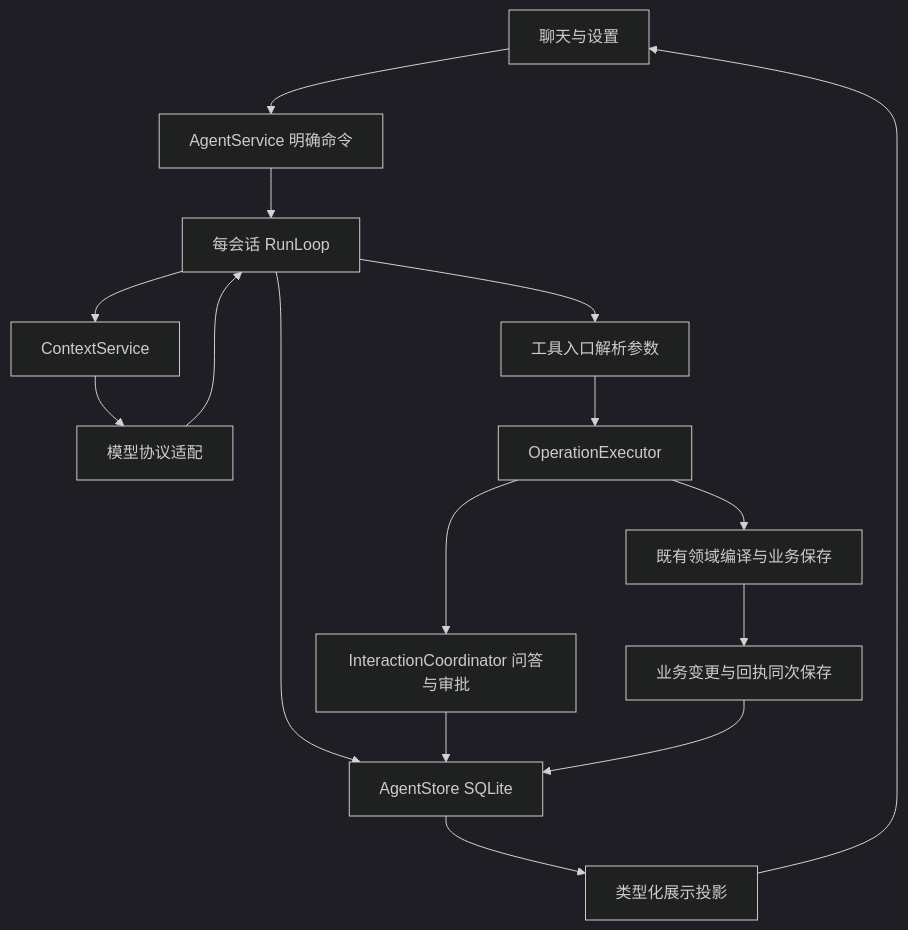
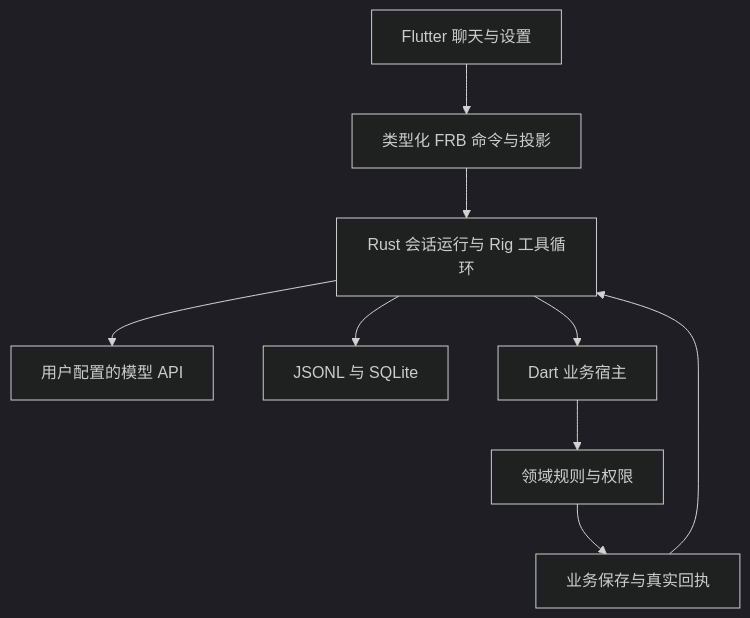
The diagram in docs/AGENT_ARCHITECTURE.md (Mashiro0619/Sked), drawn with Mermaid (dark theme) before and after one commit. The commit also changed other lines of this file and 369 other files, not shown here.

Commit message:
refactor(Agent): 将正式装配切换到 Rust 并退役旧核心

````diff
--- a/docs/AGENT_ARCHITECTURE.md
+++ b/docs/AGENT_ARCHITECTURE.md
@@ -9,18 +5,11 @@
 ```mermaid
 flowchart TD
-  UI[聊天与设置] --> Service[AgentService 明确命令]
-  Service --> Run[每会话 RunLoop]
-  Run --> Context[ContextService]
-  Context --> Provider[模型协议适配]
-  Provider --> Run
-  Run --> Tools[工具入口解析参数]
-  Tools --> Executor[OperationExecutor]
-  Executor --> Interaction[InteractionCoordinator 问答与审批]
-  Executor --> Domain[既有领域编译与业务保存]
-  Domain --> Receipt[业务变更与回执同次保存]
-  Run --> Store[AgentStore SQLite]
-  Interaction --> Store
-  Receipt --> Store
-  Store --> View[类型化展示投影]
-  View --> UI
+  UI[Flutter 聊天与设置] --> Bridge[类型化 FRB 命令与投影]
+  Bridge --> Runtime[Rust 会话运行与 Rig 工具循环]
+  Runtime --> Model[用户配置的模型 API]
+  Runtime --> Store[JSONL 与 SQLite]
+  Runtime --> Host[Dart 业务宿主]
+  Host --> Rules[领域规则与权限]
+  Rules --> Save[业务保存与真实回执]
+  Save --> Runtime
 ```
````
